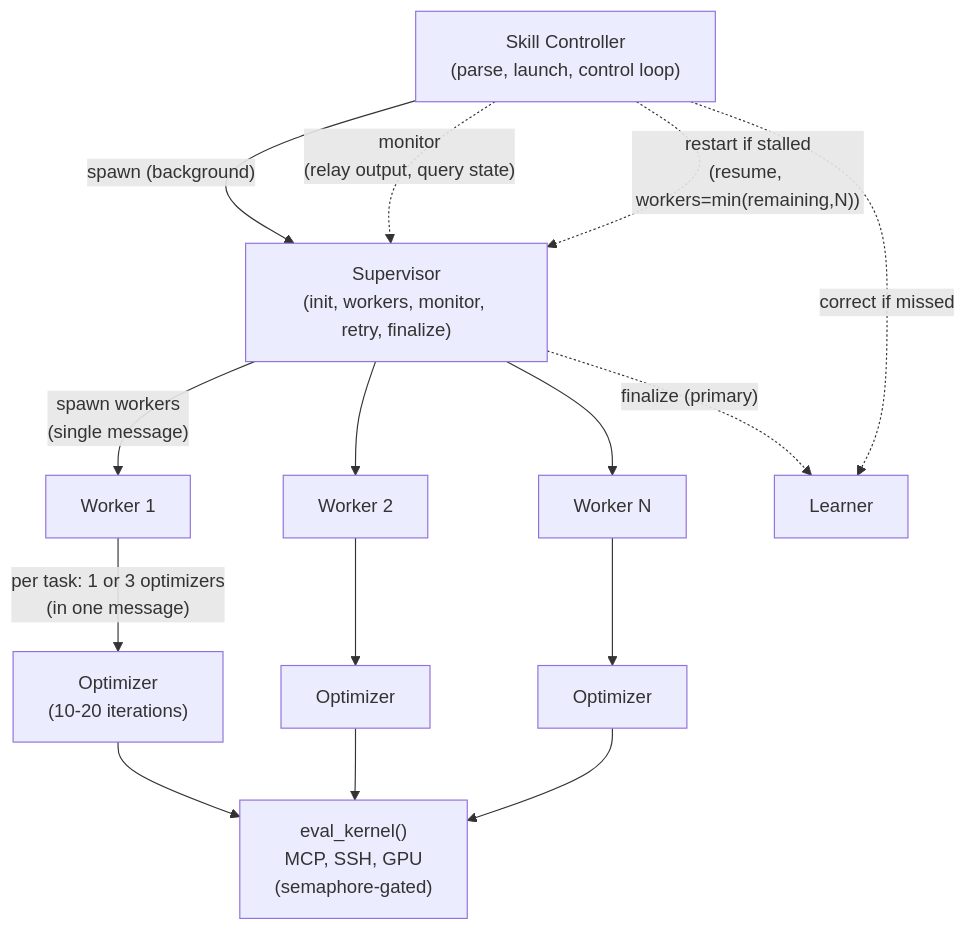
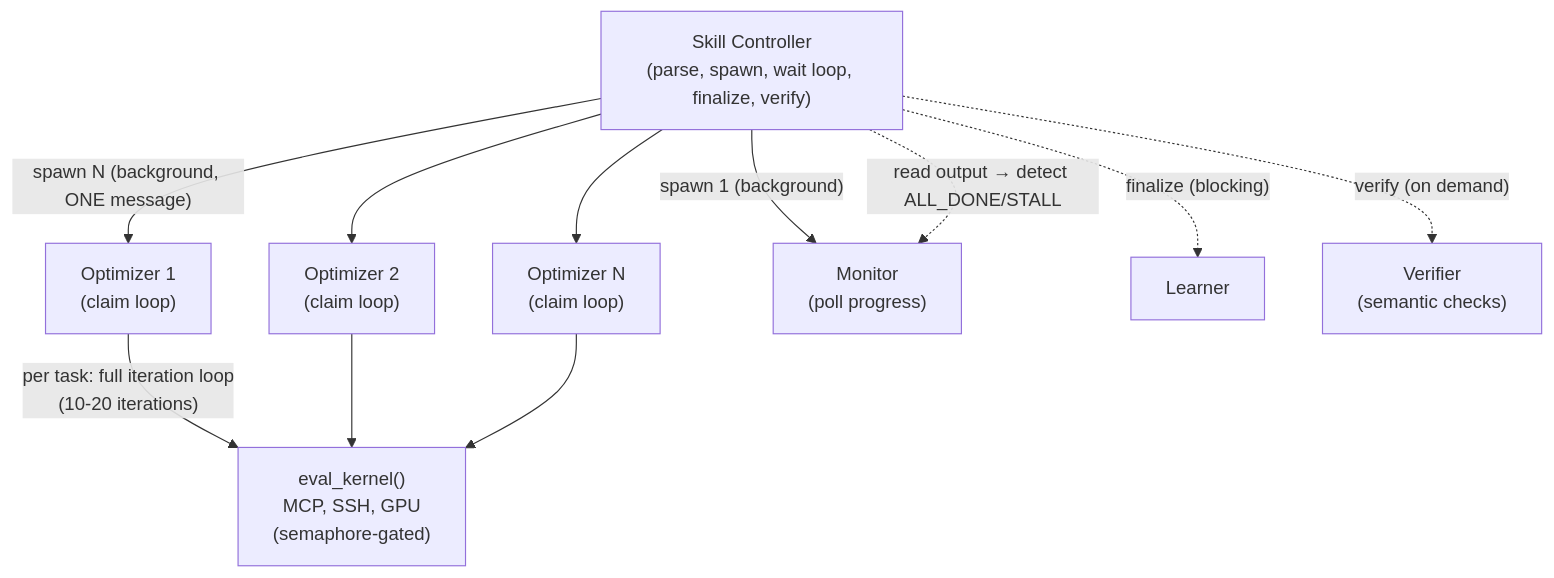
The second of 7 diagrams in Claude/Architecture.md (dtadpole/triton-ag), drawn with Mermaid before and after one commit. The commit also changed other lines of this file and 25 other files, not shown here.

First line of the commit message:
Phase 7+8: Flat spawning architecture, optimizer core redesign, verification tooling

````diff
--- a/Claude/Architecture.md
+++ b/Claude/Architecture.md
@@ -141,23 +140,17 @@
 ```mermaid
 graph TB
-    skill["Skill Controller<br/>(parse, launch, control loop)"]
+    skill["Skill Controller<br/>(parse, spawn, wait loop, finalize, verify)"]
 
-    skill -->|"spawn (background)"| supervisor["Supervisor<br/>(init, workers, monitor, retry, finalize)"]
-    skill -.->|"monitor<br/>(relay output, query state)"| supervisor
-    skill -.->|"restart if stalled<br/>(resume, workers=min(remaining,N))"| supervisor
+    skill -->|"spawn N (background, ONE message)"| o1["Optimizer 1<br/>(claim loop)"]
+    skill -->|" "| o2["Optimizer 2<br/>(claim loop)"]
+    skill -->|" "| on["Optimizer N<br/>(claim loop)"]
+    skill -->|"spawn 1 (background)"| monitor["Monitor<br/>(poll progress)"]
 
-    supervisor -->|"spawn workers<br/>(single message)"| w1["Worker 1"]
-    supervisor -->|" "| w2["Worker 2"]
-    supervisor -->|" "| wn["Worker N"]
-
-    w1 -->|"per task: 1 or 3 optimizers<br/>(in one message)"| o1["Optimizer<br/>(10-20 iterations)"]
-    w2 --> o2["Optimizer"]
-    wn --> on["Optimizer"]
-
-    o1 --> eval["eval_kernel()<br/>MCP, SSH, GPU<br/>(semaphore-gated)"]
+    o1 -->|"per task: full iteration loop<br/>(10-20 iterations)"| eval["eval_kernel()<br/>MCP, SSH, GPU<br/>(semaphore-gated)"]
     o2 --> eval
     on --> eval
 
-    supervisor -.->|"finalize (primary)"| learner["Learner"]
-    skill -.->|"correct if missed"| learner
+    skill -.->|"read output → detect ALL_DONE/STALL"| monitor
+    skill -.->|"finalize (blocking)"| learner["Learner"]
+    skill -.->|"verify (on demand)"| verifier["Verifier<br/>(semantic checks)"]
 ```
````
